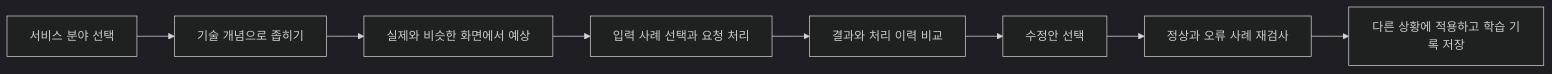
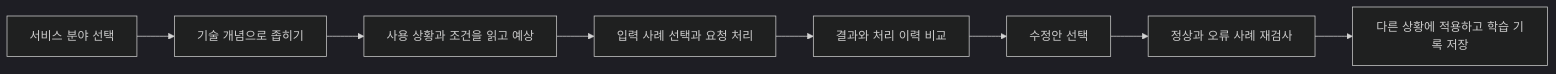
The diagram in docs/design/service-domain-curriculum.md (kwakhyun/codefit), drawn with Mermaid (dark theme) before and after one commit. The commit also changed other lines of this file and 31 other files, not shown here.

````diff
--- a/docs/design/service-domain-curriculum.md
+++ b/docs/design/service-domain-curriculum.md
@@ -48,10 +48,10 @@
 ```mermaid
 flowchart LR
   A[서비스 분야 선택] --> B[기술 개념으로 좁히기]
-  B --> C[실제와 비슷한 화면에서 예상]
+  B --> C[사용 상황과 조건을 읽고 예상]
   C --> D[입력 사례 선택과 요청 처리]
   D --> E[결과와 처리 이력 비교]
   E --> F[수정안 선택]
   F --> G[정상과 오류 사례 재검사]
   G --> H[다른 상황에 적용하고 학습 기록 저장]
 ```
````
